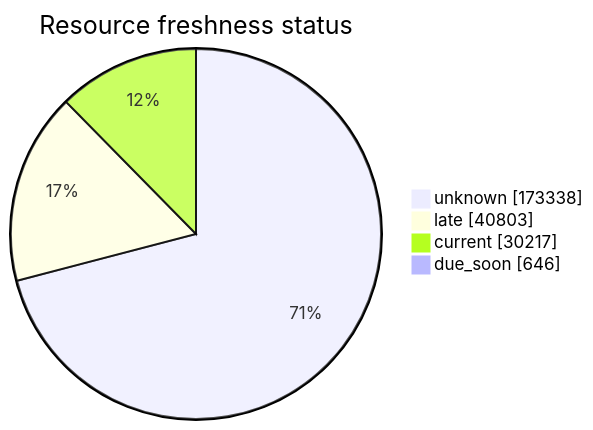
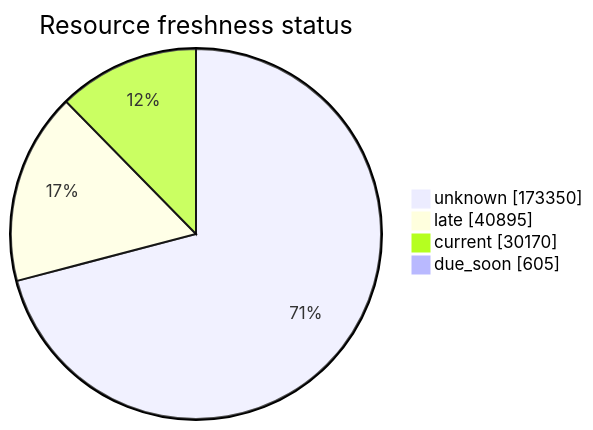
One commit to open-data/analytics-corporate-reporting changed the third of 5 diagrams in FreshCheck/README.md. Above: the diagram before and after it, drawn with Mermaid. The commit also changed other lines of this file and 3 other files, not shown here.

````diff
--- a/FreshCheck/README.md
+++ b/FreshCheck/README.md
@@ -77,7 +77,7 @@
 ```mermaid
 pie showData title Resource freshness status
-    "unknown": 173338
-    "late": 40803
-    "current": 30217
-    "due_soon": 646
+    "unknown": 173350
+    "late": 40895
+    "current": 30170
+    "due_soon": 605
 ```
````
